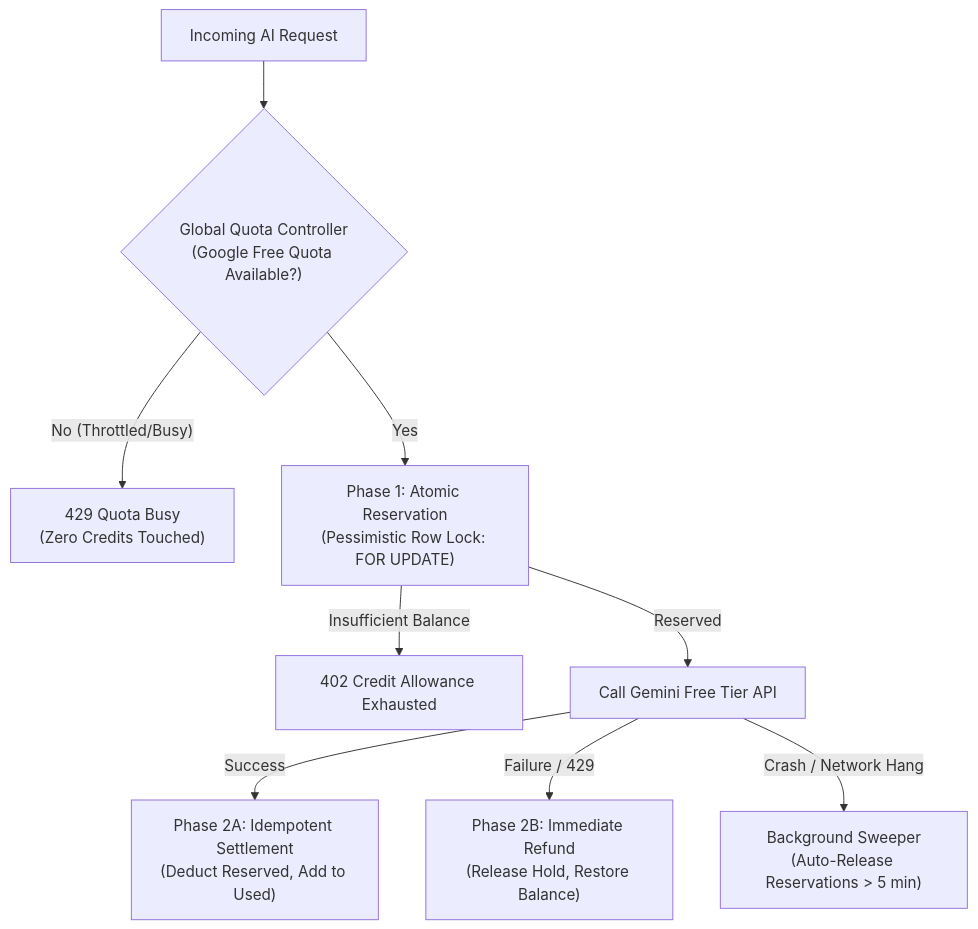
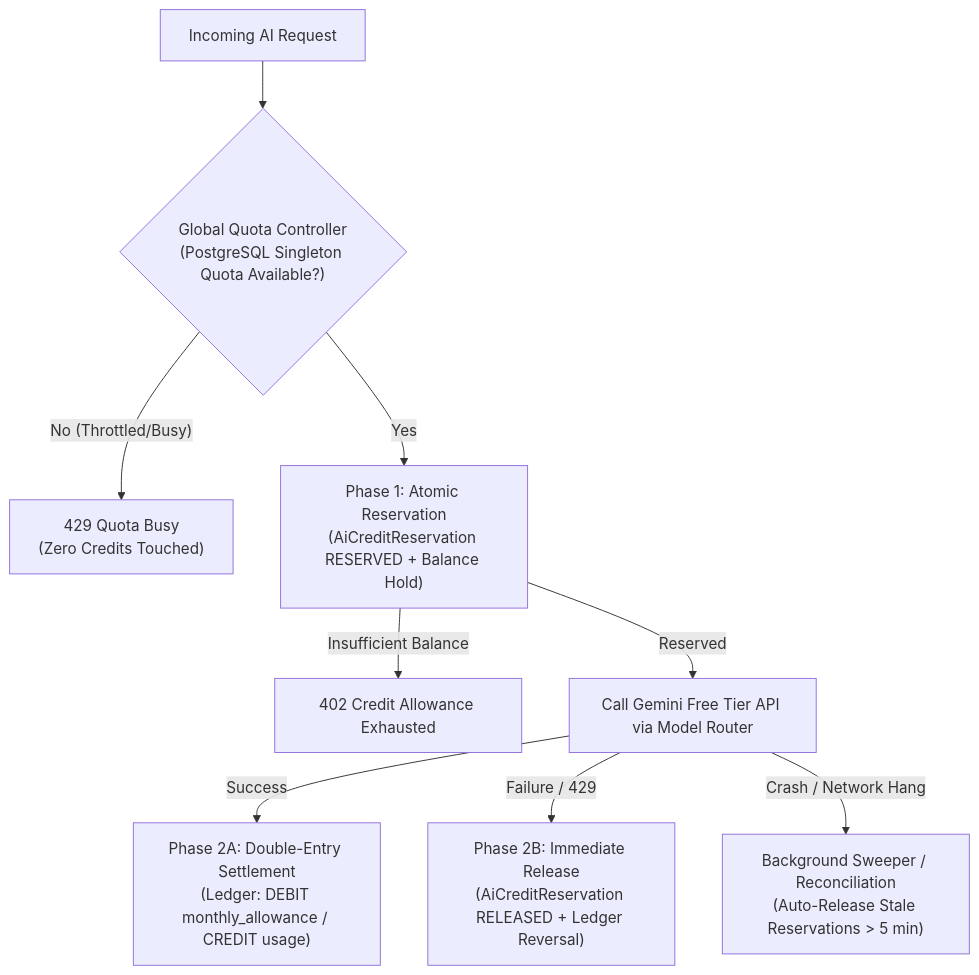
Before and after one commit to asif2906/Saucer: the diagram in AI_CREDIT_SYSTEM.md, drawn with Mermaid. The commit also changed other lines of this file and 30 other files, not shown here.

Commit message:
feat(ai): implement Gemini free-tier engine, credit ledger, and quota controller

````diff
--- a/AI_CREDIT_SYSTEM.md
+++ b/AI_CREDIT_SYSTEM.md
@@ -9,11 +9,11 @@
 ```mermaid
 flowchart TD
-    UserRequest["Incoming AI Request"] --> QuotaCheck{"Global Quota Controller<br/>(Google Free Quota Available?)"}
+    UserRequest["Incoming AI Request"] --> QuotaCheck{"Global Quota Controller<br/>(PostgreSQL Singleton Quota Available?)"}
     QuotaCheck -- No (Throttled/Busy) --> RejectQuota["429 Quota Busy<br/>(Zero Credits Touched)"]
-    QuotaCheck -- Yes --> LockTx["Phase 1: Atomic Reservation<br/>(Pessimistic Row Lock: FOR UPDATE)"]
+    QuotaCheck -- Yes --> LockTx["Phase 1: Atomic Reservation<br/>(AiCreditReservation RESERVED + Balance Hold)"]
     LockTx -- Insufficient Balance --> RejectBalance["402 Credit Allowance Exhausted"]
-    LockTx -- Reserved --> CallAPI["Call Gemini Free Tier API"]
-    CallAPI -- Success --> SettleTx["Phase 2A: Idempotent Settlement<br/>(Deduct Reserved, Add to Used)"]
-    CallAPI -- Failure / 429 --> RollbackTx["Phase 2B: Immediate Refund<br/>(Release Hold, Restore Balance)"]
-    CallAPI -- Crash / Network Hang --> Sweeper["Background Sweeper<br/>(Auto-Release Reservations > 5 min)"]
+    LockTx -- Reserved --> CallAPI["Call Gemini Free Tier API via Model Router"]
+    CallAPI -- Success --> SettleTx["Phase 2A: Double-Entry Settlement<br/>(Ledger: DEBIT monthly_allowance / CREDIT usage)"]
+    CallAPI -- Failure / 429 --> RollbackTx["Phase 2B: Immediate Release<br/>(AiCreditReservation RELEASED + Ledger Reversal)"]
+    CallAPI -- Crash / Network Hang --> Sweeper["Background Sweeper / Reconciliation<br/>(Auto-Release Stale Reservations > 5 min)"]
 ```
````
